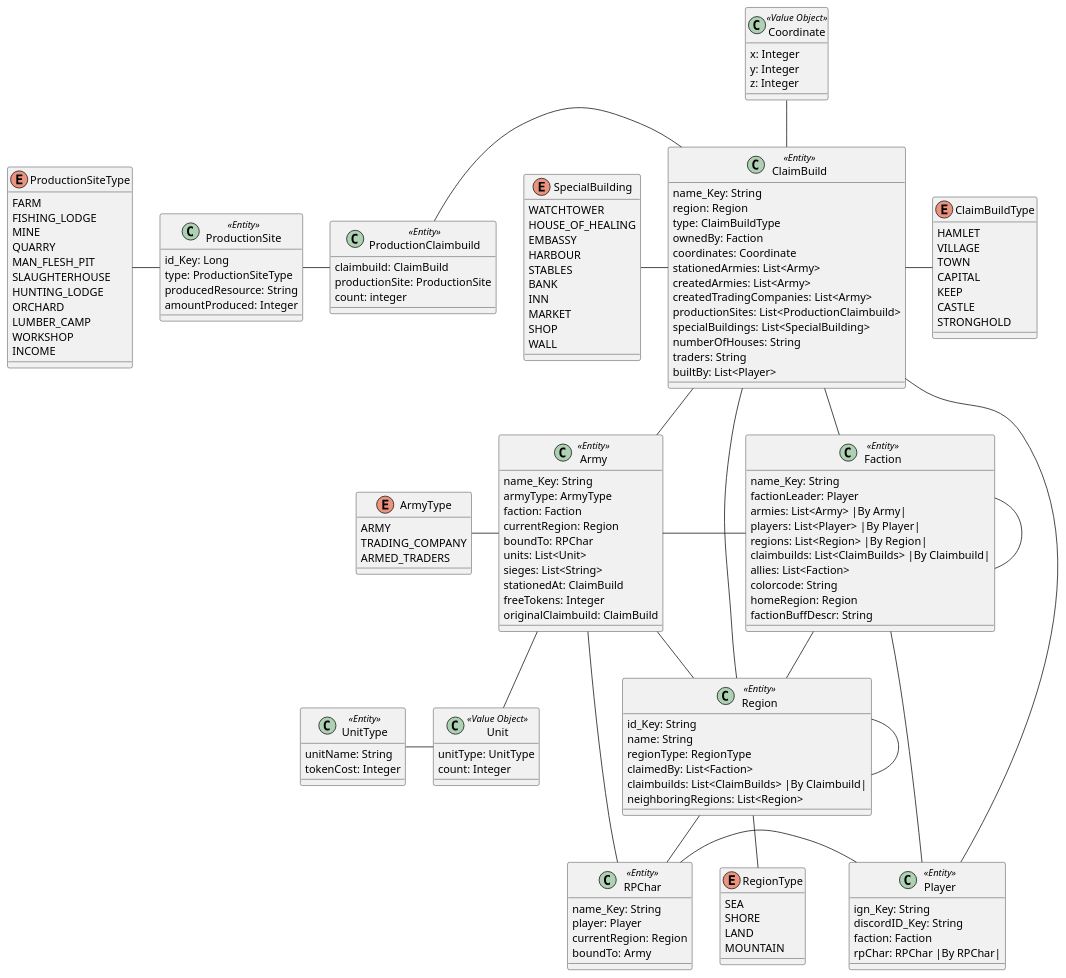
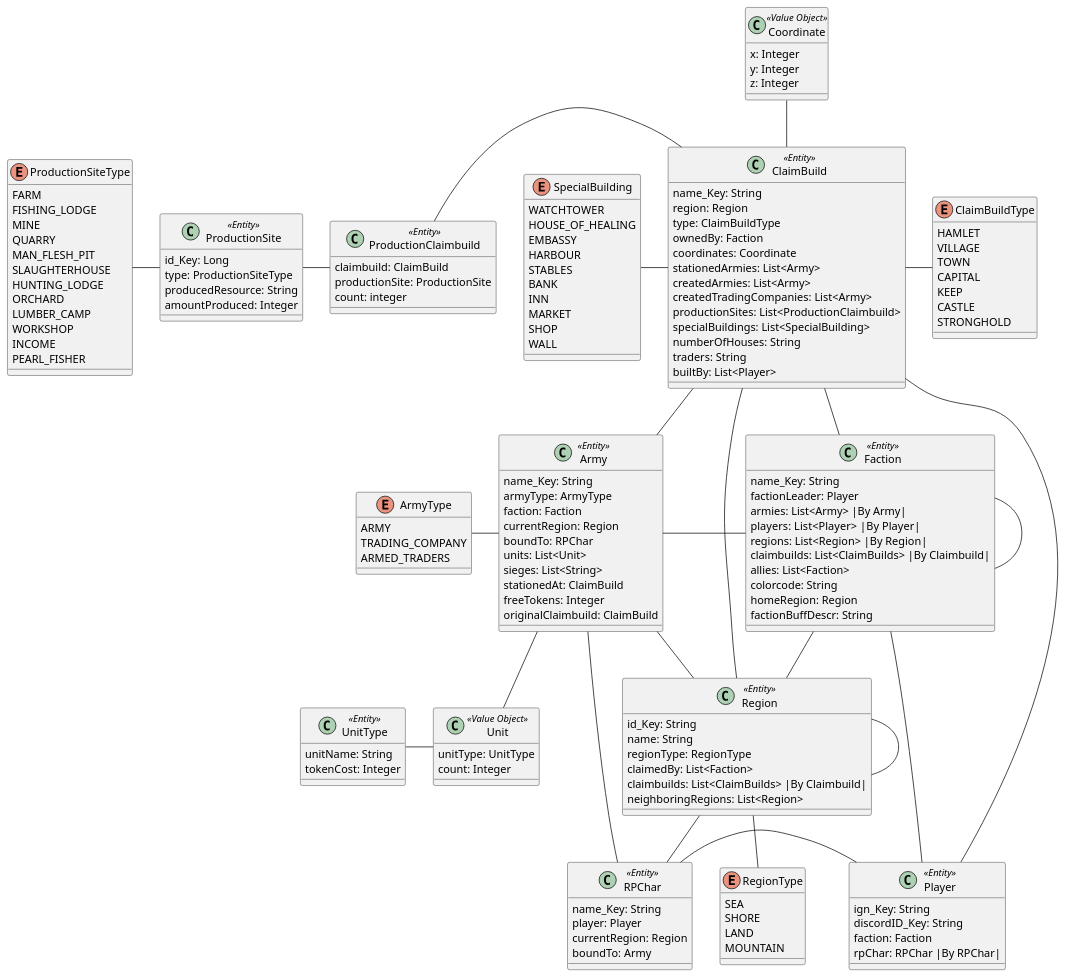
One commit to Team-KekX/Ardas-Legends-App changed the diagram in ALSpringBackend/src/main/puml/ArdasLegendsDomain.puml. Above: the diagram before and after it, drawn with PlantUML. The commit also changed 1 other file, not shown here.

Commit message:
Add Pearl Fisher ProductionSiteType

```diff
--- a/ALSpringBackend/src/main/puml/ArdasLegendsDomain.puml
+++ b/ALSpringBackend/src/main/puml/ArdasLegendsDomain.puml
@@ -1,179 +1,180 @@
 @startuml
 class Region <<Entity>> {
     id_Key: String
     name: String
     regionType: RegionType
     claimedBy: List<Faction>
     claimbuilds: List<ClaimBuilds> |By Claimbuild|
     neighboringRegions: List<Region>
 }
 
 enum RegionType {
     SEA
     SHORE
     LAND
     MOUNTAIN
 }
 
 class ClaimBuild <<Entity>> {
     name_Key: String
     region: Region
     type: ClaimBuildType
     ownedBy: Faction
     coordinates: Coordinate
     stationedArmies: List<Army>
     createdArmies: List<Army>
     createdTradingCompanies: List<Army>
     productionSites: List<ProductionClaimbuild>
     specialBuildings: List<SpecialBuilding>
     numberOfHouses: String
     traders: String
     builtBy: List<Player>
 }
 
 enum ClaimBuildType {
     HAMLET
     VILLAGE
     TOWN
     CAPITAL
     KEEP
     CASTLE
     STRONGHOLD
 }
 
 class Faction <<Entity>> {
     name_Key: String
     factionLeader: Player
     armies: List<Army> |By Army|
     players:  List<Player> |By Player|
     regions: List<Region> |By Region|
     claimbuilds: List<ClaimBuilds> |By Claimbuild|
     allies: List<Faction>
     colorcode: String
     homeRegion: Region
     factionBuffDescr: String
 }
 
 class Player <<Entity>> {
     ign_Key: String
     discordID_Key: String
     faction: Faction
     rpChar: RPChar |By RPChar|
 }
 
 class RPChar <<Entity>> {
     name_Key: String
     player: Player
     currentRegion: Region
     boundTo: Army
 }
 
 class Coordinate <<Value Object>> {
     x: Integer
     y: Integer
     z: Integer
 }
 
 class ProductionSite <<Entity>> {
     id_Key: Long
     type: ProductionSiteType
     producedResource: String
     amountProduced: Integer
 }
 
 class ProductionClaimbuild <<Entity>> {
     claimbuild: ClaimBuild
     productionSite: ProductionSite
     count: integer
 }
 
 enum ProductionSiteType {
     FARM
     FISHING_LODGE
     MINE
     QUARRY
     MAN_FLESH_PIT
     SLAUGHTERHOUSE
     HUNTING_LODGE
     ORCHARD
     LUMBER_CAMP
     WORKSHOP
     INCOME
+    PEARL_FISHER
 }
 
 enum SpecialBuilding {
     WATCHTOWER
     HOUSE_OF_HEALING
     EMBASSY
     HARBOUR
     STABLES
     BANK
     INN
     MARKET
     SHOP
     WALL
 }
 
 class Army <<Entity>> {
     name_Key: String
     armyType: ArmyType
     faction: Faction
     currentRegion: Region
     boundTo: RPChar
     units: List<Unit>
     sieges: List<String>
     stationedAt: ClaimBuild
     freeTokens: Integer
     originalClaimbuild: ClaimBuild
 }
 
 enum ArmyType {
     ARMY
     TRADING_COMPANY
     ARMED_TRADERS
 }
 
 class Unit <<Value Object>> {
     unitType: UnitType
     count: Integer
 }
 
 class UnitType <<Entity>> {
     unitName: String
     tokenCost: Integer
 }
 
 Region -  ClaimBuild
 Region - Region
 Region -down- RPChar
 RegionType -up- Region
 
 Faction -down- Region
 Faction -right Player
 Faction -left Army
 Faction -up- ClaimBuild
 Faction - Faction
 
 ClaimBuild - Player
 ClaimBuild -right- ClaimBuildType
 ClaimBuild -up- Coordinate
 ClaimBuild - Army
 
 ProductionSite - ProductionClaimbuild
 ProductionClaimbuild - ClaimBuild
 SpecialBuilding - ClaimBuild
 
 ProductionSite -left- ProductionSiteType
 
 
 RPChar - Player
 
 Army -down- Unit
 Army - Region
 Army - RPChar
 
 ArmyType - Army
 
 UnitType - Unit
 
 @enduml
```
